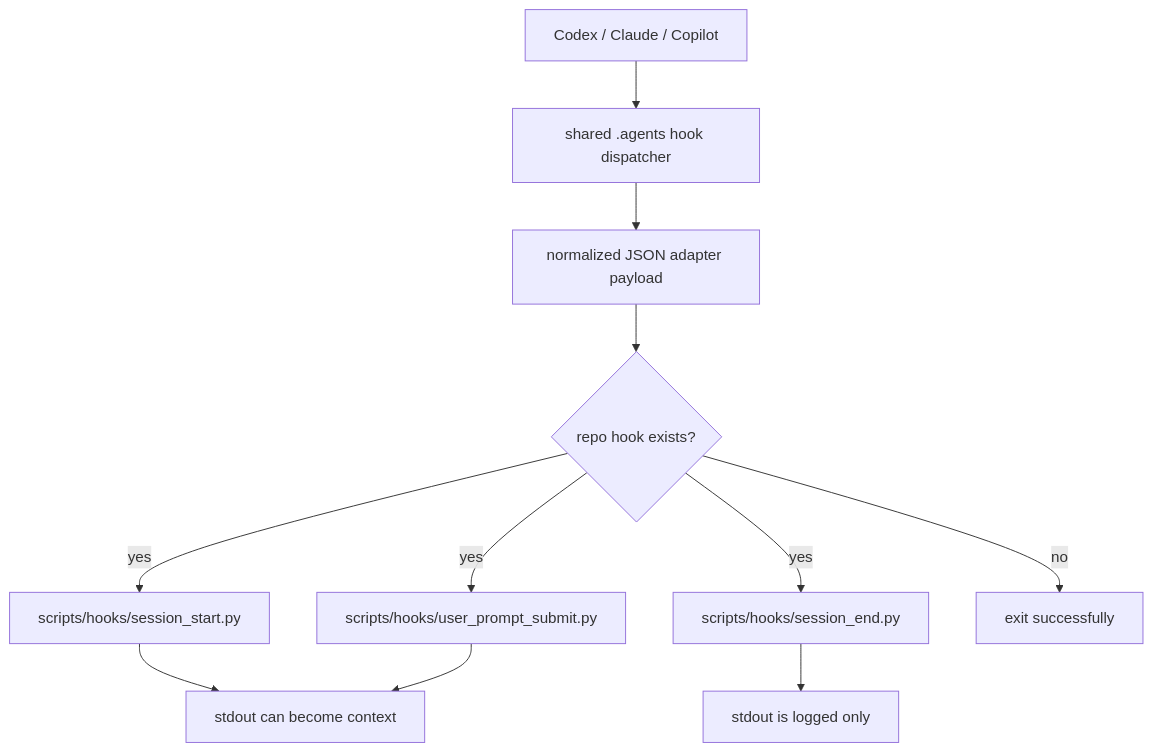
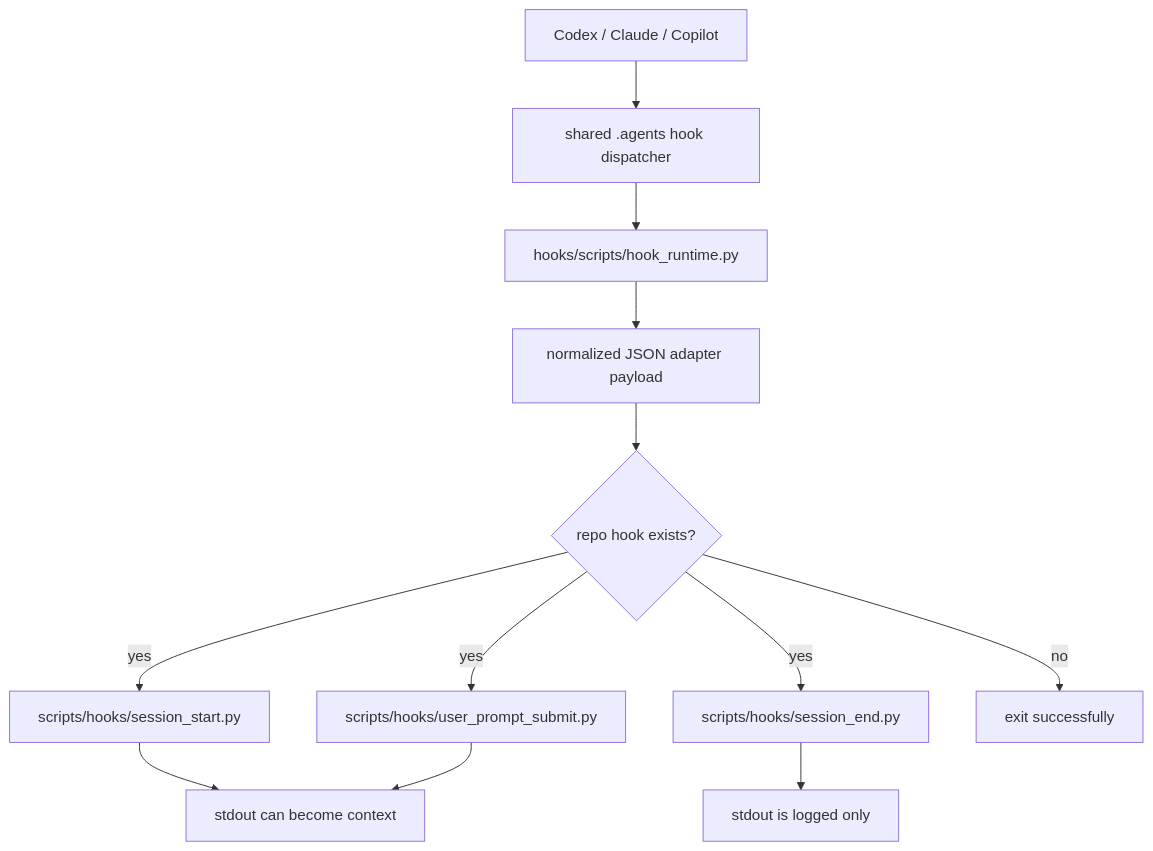
One commit to wisdom-in-a-nutshell/.agents changed the diagram in docs/references/repo-lifecycle-hook-adapter.md. Above: the diagram before and after it, drawn with Mermaid. The commit also changed other lines of this file and 7 other files, not shown here.

````diff
--- a/docs/references/repo-lifecycle-hook-adapter.md
+++ b/docs/references/repo-lifecycle-hook-adapter.md
@@ -8,13 +8,14 @@
 ```mermaid
 flowchart TD
     A[Codex / Claude / Copilot] --> B[shared .agents hook dispatcher]
-    B --> C[normalized JSON adapter payload]
-    C --> D{repo hook exists?}
-    D -->|yes| E[scripts/hooks/session_start.py]
-    D -->|yes| F[scripts/hooks/user_prompt_submit.py]
-    D -->|yes| G[scripts/hooks/session_end.py]
-    D -->|no| H[exit successfully]
-    E --> I[stdout can become context]
-    F --> I
-    G --> J[stdout is logged only]
+    B --> C[hooks/scripts/hook_runtime.py]
+    C --> D[normalized JSON adapter payload]
+    D --> E{repo hook exists?}
+    E -->|yes| F[scripts/hooks/session_start.py]
+    E -->|yes| G[scripts/hooks/user_prompt_submit.py]
+    E -->|yes| H[scripts/hooks/session_end.py]
+    E -->|no| I[exit successfully]
+    F --> J[stdout can become context]
+    G --> J
+    H --> K[stdout is logged only]
 ```
````
